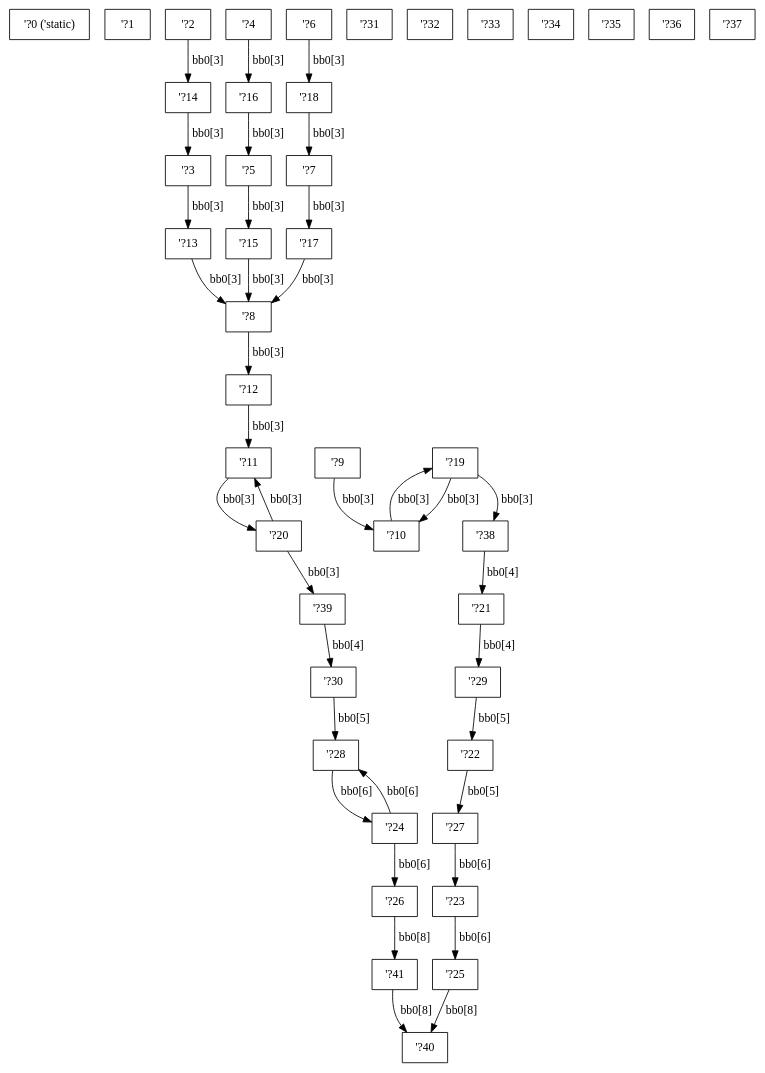
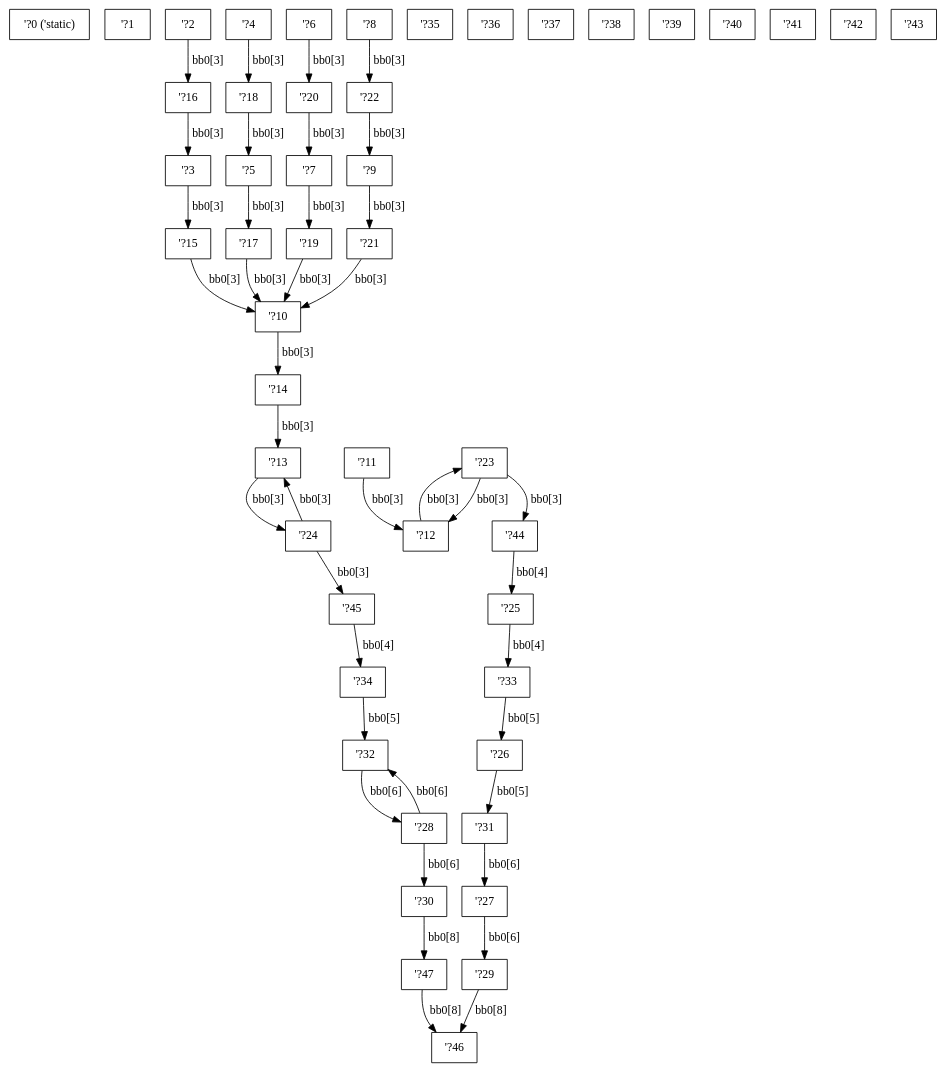
The diagram in rust-llvm/mir_dump/rust_cov.main#1.-------.nll.0.regioncx.all.dot (seunghyun-24/testing_assignment), drawn with Graphviz before and after one commit. The commit also changed 267 other files, not shown here.

```diff
--- a/rust-llvm/mir_dump/rust_cov.main#1.-------.nll.0.regioncx.all.dot
+++ b/rust-llvm/mir_dump/rust_cov.main#1.-------.nll.0.regioncx.all.dot
@@ -1,79 +1,89 @@
 digraph RegionInferenceContext {
     r0[label="\'?0 (\'static)"][shape="box"];
     r1[label="\'?1"][shape="box"];
     r2[label="\'?2"][shape="box"];
     r3[label="\'?3"][shape="box"];
     r4[label="\'?4"][shape="box"];
     r5[label="\'?5"][shape="box"];
     r6[label="\'?6"][shape="box"];
     r7[label="\'?7"][shape="box"];
     r8[label="\'?8"][shape="box"];
     r9[label="\'?9"][shape="box"];
     r10[label="\'?10"][shape="box"];
     r11[label="\'?11"][shape="box"];
     r12[label="\'?12"][shape="box"];
     r13[label="\'?13"][shape="box"];
     r14[label="\'?14"][shape="box"];
     r15[label="\'?15"][shape="box"];
     r16[label="\'?16"][shape="box"];
     r17[label="\'?17"][shape="box"];
     r18[label="\'?18"][shape="box"];
     r19[label="\'?19"][shape="box"];
     r20[label="\'?20"][shape="box"];
     r21[label="\'?21"][shape="box"];
     r22[label="\'?22"][shape="box"];
     r23[label="\'?23"][shape="box"];
     r24[label="\'?24"][shape="box"];
     r25[label="\'?25"][shape="box"];
     r26[label="\'?26"][shape="box"];
     r27[label="\'?27"][shape="box"];
     r28[label="\'?28"][shape="box"];
     r29[label="\'?29"][shape="box"];
     r30[label="\'?30"][shape="box"];
     r31[label="\'?31"][shape="box"];
     r32[label="\'?32"][shape="box"];
     r33[label="\'?33"][shape="box"];
     r34[label="\'?34"][shape="box"];
     r35[label="\'?35"][shape="box"];
     r36[label="\'?36"][shape="box"];
     r37[label="\'?37"][shape="box"];
     r38[label="\'?38"][shape="box"];
     r39[label="\'?39"][shape="box"];
     r40[label="\'?40"][shape="box"];
     r41[label="\'?41"][shape="box"];
-    r2 -> r14[label="bb0[3]"];
-    r3 -> r13[label="bb0[3]"];
-    r14 -> r3[label="bb0[3]"];
-    r4 -> r16[label="bb0[3]"];
-    r5 -> r15[label="bb0[3]"];
-    r16 -> r5[label="bb0[3]"];
-    r6 -> r18[label="bb0[3]"];
-    r7 -> r17[label="bb0[3]"];
-    r18 -> r7[label="bb0[3]"];
-    r8 -> r12[label="bb0[3]"];
-    r13 -> r8[label="bb0[3]"];
-    r15 -> r8[label="bb0[3]"];
-    r17 -> r8[label="bb0[3]"];
-    r9 -> r10[label="bb0[3]"];
-    r12 -> r11[label="bb0[3]"];
+    r42[label="\'?42"][shape="box"];
+    r43[label="\'?43"][shape="box"];
+    r44[label="\'?44"][shape="box"];
+    r45[label="\'?45"][shape="box"];
+    r46[label="\'?46"][shape="box"];
+    r47[label="\'?47"][shape="box"];
+    r2 -> r16[label="bb0[3]"];
+    r3 -> r15[label="bb0[3]"];
+    r16 -> r3[label="bb0[3]"];
+    r4 -> r18[label="bb0[3]"];
+    r5 -> r17[label="bb0[3]"];
+    r18 -> r5[label="bb0[3]"];
+    r6 -> r20[label="bb0[3]"];
+    r7 -> r19[label="bb0[3]"];
+    r20 -> r7[label="bb0[3]"];
+    r8 -> r22[label="bb0[3]"];
+    r9 -> r21[label="bb0[3]"];
+    r22 -> r9[label="bb0[3]"];
+    r10 -> r14[label="bb0[3]"];
+    r15 -> r10[label="bb0[3]"];
+    r17 -> r10[label="bb0[3]"];
     r19 -> r10[label="bb0[3]"];
-    r10 -> r19[label="bb0[3]"];
-    r20 -> r11[label="bb0[3]"];
-    r11 -> r20[label="bb0[3]"];
-    r19 -> r38[label="bb0[3]"];
-    r20 -> r39[label="bb0[3]"];
-    r21 -> r29[label="bb0[4]"];
-    r39 -> r30[label="bb0[4]"];
-    r38 -> r21[label="bb0[4]"];
-    r22 -> r27[label="bb0[5]"];
-    r30 -> r28[label="bb0[5]"];
-    r29 -> r22[label="bb0[5]"];
-    r23 -> r25[label="bb0[6]"];
-    r24 -> r26[label="bb0[6]"];
-    r28 -> r24[label="bb0[6]"];
-    r24 -> r28[label="bb0[6]"];
-    r27 -> r23[label="bb0[6]"];
-    r41 -> r40[label="bb0[8]"];
-    r25 -> r40[label="bb0[8]"];
-    r26 -> r41[label="bb0[8]"];
+    r21 -> r10[label="bb0[3]"];
+    r11 -> r12[label="bb0[3]"];
+    r14 -> r13[label="bb0[3]"];
+    r23 -> r12[label="bb0[3]"];
+    r12 -> r23[label="bb0[3]"];
+    r24 -> r13[label="bb0[3]"];
+    r13 -> r24[label="bb0[3]"];
+    r23 -> r44[label="bb0[3]"];
+    r24 -> r45[label="bb0[3]"];
+    r25 -> r33[label="bb0[4]"];
+    r45 -> r34[label="bb0[4]"];
+    r44 -> r25[label="bb0[4]"];
+    r26 -> r31[label="bb0[5]"];
+    r34 -> r32[label="bb0[5]"];
+    r33 -> r26[label="bb0[5]"];
+    r27 -> r29[label="bb0[6]"];
+    r28 -> r30[label="bb0[6]"];
+    r32 -> r28[label="bb0[6]"];
+    r28 -> r32[label="bb0[6]"];
+    r31 -> r27[label="bb0[6]"];
+    r47 -> r46[label="bb0[8]"];
+    r29 -> r46[label="bb0[8]"];
+    r30 -> r47[label="bb0[8]"];
 }
```
